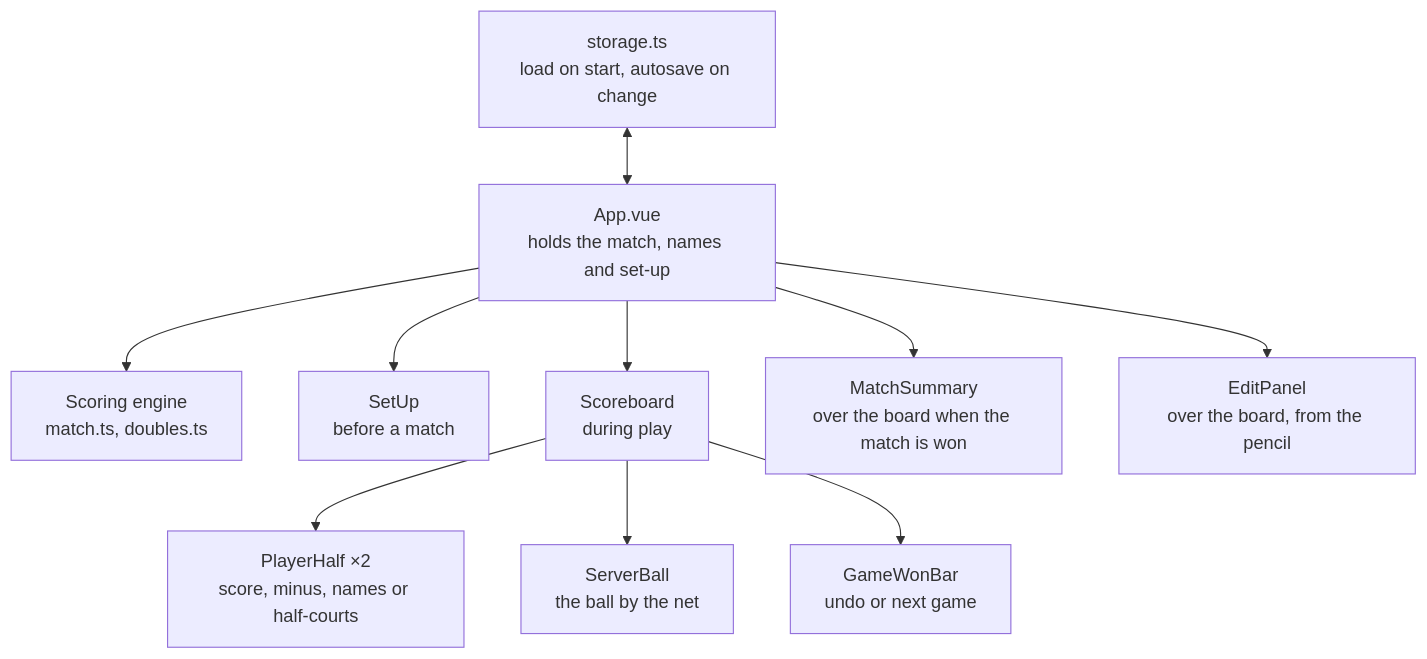
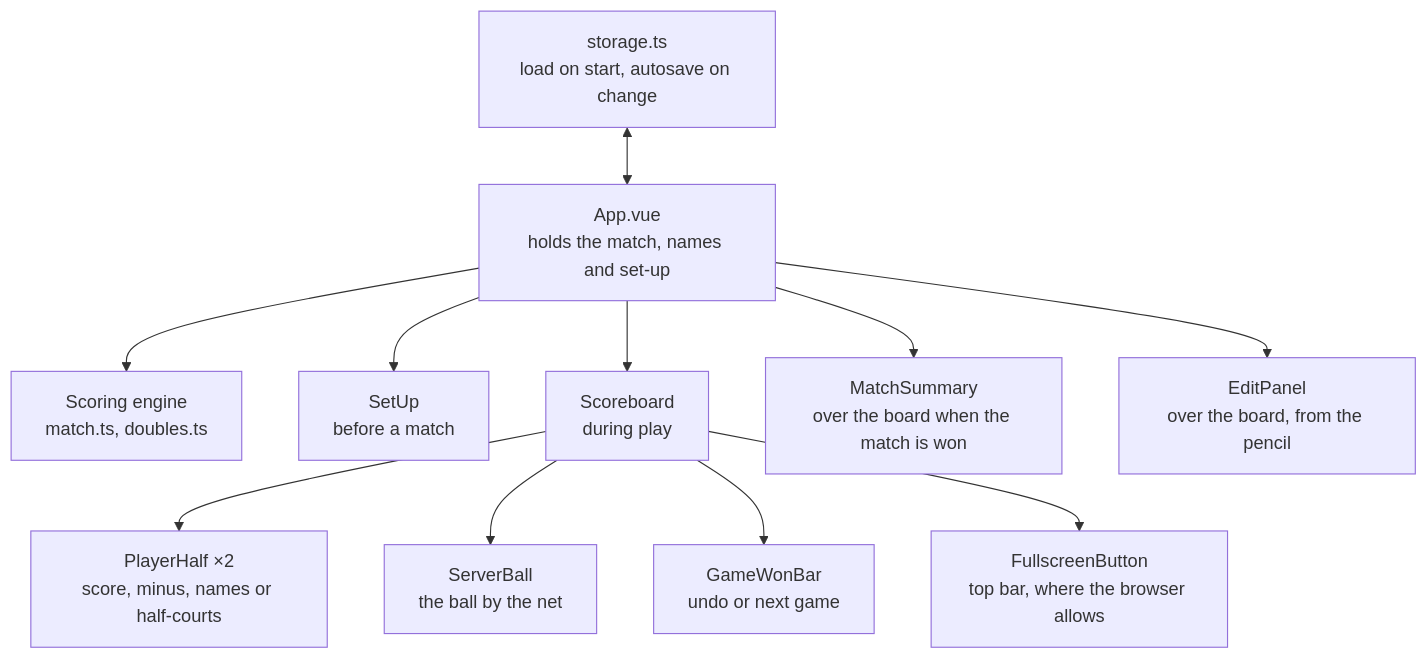
One commit to mayamalakova/score-counter changed the second of 2 diagrams in docs/architecture.md. Above: the diagram before and after it, drawn with Mermaid. The commit also changed other lines of this file and 1 other file, not shown here.

Commit message:
Document the full screen button

````diff
--- a/docs/architecture.md
+++ b/docs/architecture.md
@@ -94,25 +94,27 @@
 ```mermaid
 flowchart TD
     storage["storage.ts<br/>load on start, autosave on change"]
     app["App.vue<br/>holds the match, names and set-up"]
     engine["Scoring engine<br/>match.ts, doubles.ts"]
 
     setup["SetUp<br/>before a match"]
     board["Scoreboard<br/>during play"]
     summary["MatchSummary<br/>over the board when the match is won"]
     edit["EditPanel<br/>over the board, from the pencil"]
 
     half["PlayerHalf ×2<br/>score, minus, names or half-courts"]
     ball["ServerBall<br/>the ball by the net"]
     bar["GameWonBar<br/>undo or next game"]
+    full["FullscreenButton<br/>top bar, where the browser allows"]
 
     storage <--> app
     app --> engine
     app --> setup
     app --> board
     app --> summary
     app --> edit
     board --> half
     board --> ball
     board --> bar
+    board --> full
 ```
````
